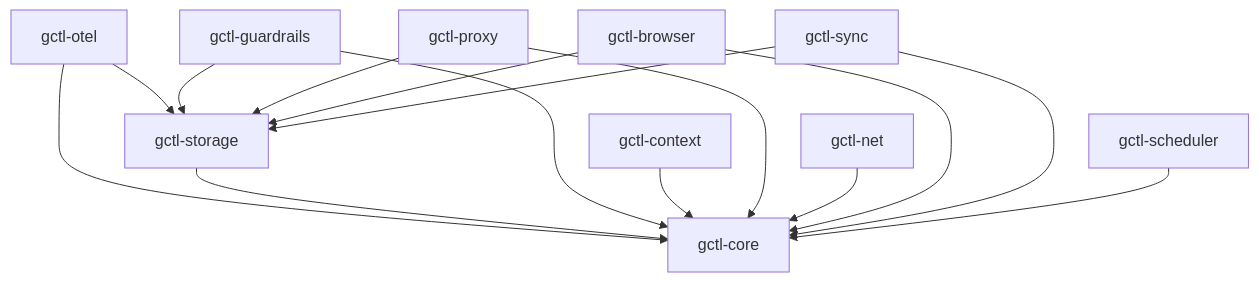
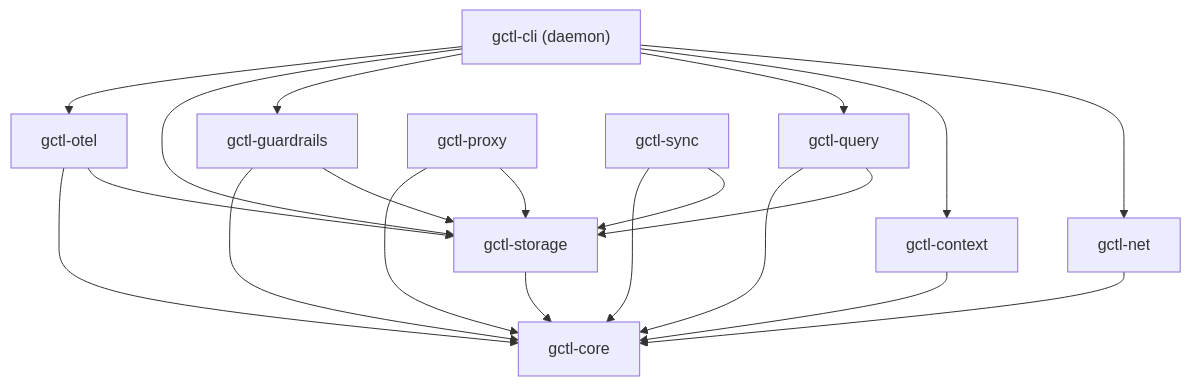
One commit to OpenHackersClub/gctrl changed the diagram in specs/implementation/kernel/components.md. Above: the diagram before and after it, drawn with Mermaid. The commit also changed other lines of this file and 163 other files, not shown here.

````diff
--- a/specs/implementation/kernel/components.md
+++ b/specs/implementation/kernel/components.md
@@ -20,17 +24,22 @@
 ```mermaid
 graph TD
+    Daemon["gctl-cli (daemon)"] --> OTel
+    Daemon --> Storage
+    Daemon --> Guardrails
+    Daemon --> Query
+    Daemon --> Context
+    Daemon --> Net
     OTel["gctl-otel"] --> Core["gctl-core"]
     OTel --> Storage["gctl-storage"]
     Storage --> Core
+    Query["gctl-query"] --> Core
+    Query --> Storage
     Guardrails["gctl-guardrails"] --> Core
     Guardrails --> Storage
     Context["gctl-context"] --> Core
+    Net["gctl-net"] --> Core
     Proxy["gctl-proxy"] --> Core
     Proxy --> Storage
-    Net["gctl-net"] --> Core
-    BrowserCrate["gctl-browser"] --> Core
-    BrowserCrate --> Storage
     SyncCrate["gctl-sync"] --> Core
     SyncCrate --> Storage
-    Scheduler["gctl-scheduler"] --> Core
 ```
````
